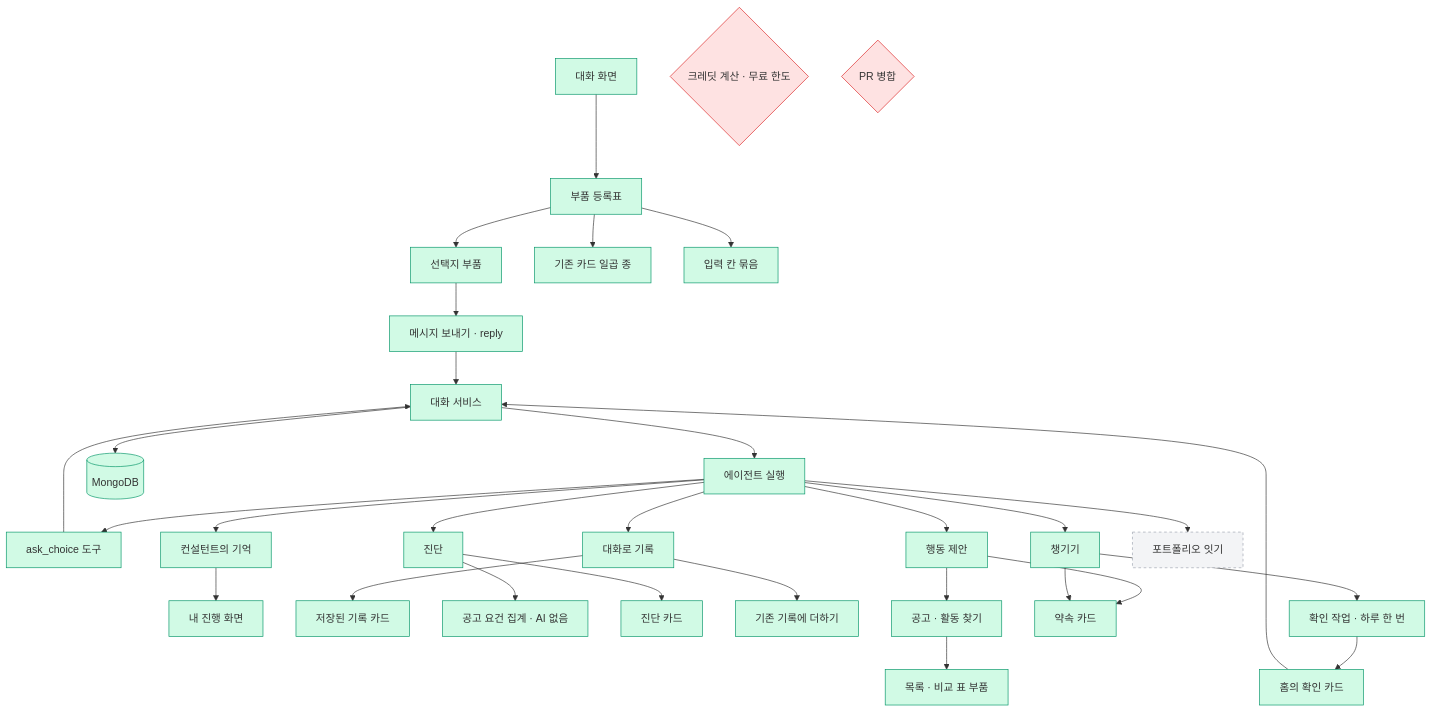
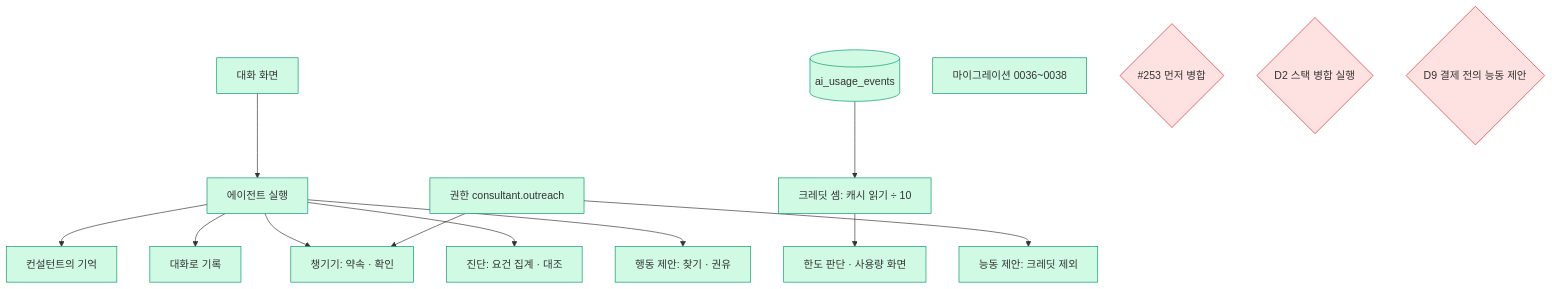
One commit to Expresso-Organization/expresso changed the diagram in .sitrep/sessions/20261120-0230-expresso-ai-consultant/arch.mmd. Above: the diagram before and after it, drawn with Mermaid. The commit also changed 13 other files, not shown here.

```diff
--- a/.sitrep/sessions/20261120-0230-expresso-ai-consultant/arch.mmd
+++ b/.sitrep/sessions/20261120-0230-expresso-ai-consultant/arch.mmd
@@ -1,38 +1,21 @@
 flowchart TD
-  U[대화 화면] --> REG[부품 등록표]
-  REG --> CH[선택지 부품]
-  REG --> CARD[기존 카드 일곱 종]
-  CH --> SEND[메시지 보내기 · reply]
-  SEND --> SVC[대화 서비스]
-  SVC --> RT[에이전트 실행]
-  RT --> ASK[ask_choice 도구]
-  ASK --> SVC
+  U[대화 화면] --> RT[에이전트 실행]
   RT --> MEM[컨설턴트의 기억]
   RT --> REC[대화로 기록]
-  RT --> FU[챙기기]
-  RT --> DG[진단]
-  RT --> AC[행동 제안]
-  RT --> PF[포트폴리오 잇기]
-  SVC --> DB[(MongoDB)]
-  CR{크레딧 계산 · 무료 한도}
-  MG{PR 병합}
+  RT --> FU[챙기기: 약속 · 확인]
+  RT --> DG[진단: 요건 집계 · 대조]
+  RT --> AC[행동 제안: 찾기 · 권유]
+  USG[(ai_usage_events)] --> CR[크레딧 셈: 캐시 읽기 ÷ 10]
+  CR --> LIM[한도 판단 · 사용량 화면]
+  GATE[권한 consultant.outreach] --> FU
+  GATE --> PP[능동 제안: 크레딧 제외]
+  MIG[마이그레이션 0036~0038]
+  M253{#253 먼저 병합}
+  MG{D2 스택 병합 실행}
+  PAY{D9 결제 전의 능동 제안}
   classDef done fill:#d1fae5,stroke:#059669
   classDef doing fill:#fef3c7,stroke:#d97706
   classDef decide fill:#fee2e2,stroke:#dc2626
   classDef todo fill:#f3f4f6,stroke:#9ca3af,stroke-dasharray:4
-  MEM --> PROG[내 진행 화면]
-  REC --> SAVED[저장된 기록 카드]
-  REG --> FORM[입력 칸 묶음]
-  DG --> DEMAND[공고 요건 집계 · AI 없음]
-  DG --> DCARD[진단 카드]
-  REC --> APPEND[기존 기록에 더하기]
-  AC --> FIND[공고 · 활동 찾기]
-  FIND --> LIST[목록 · 비교 표 부품]
-  AC --> COMMIT
-  FU --> COMMIT[약속 카드]
-  FU --> JOB[확인 작업 · 하루 한 번]
-  JOB --> HOME[홈의 확인 카드]
-  HOME --> SVC
-  class U,REG,CH,CARD,SEND,SVC,RT,ASK,DB,MEM,PROG,REC,SAVED,FORM,FU,COMMIT,JOB,HOME,DG,DEMAND,DCARD,APPEND,AC,FIND,LIST done
-  class PF todo
-  class CR,MG decide
+  class U,RT,MEM,REC,FU,DG,AC,USG,CR,LIM,GATE,PP,MIG done
+  class M253,MG,PAY decide
```
